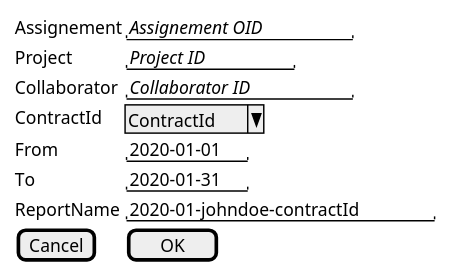
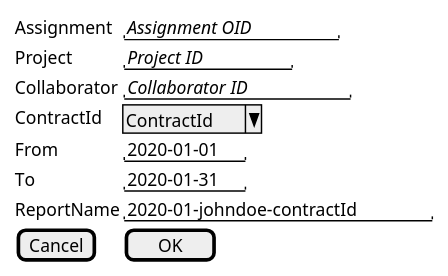
The second of 4 diagrams in net.tangly.erp.shared/src/site/_design/12-user-manual.adoc (tangly-team/tangly-os), drawn with PlantUML before and after one commit. The commit also changed other lines of this file and 23 other files, not shown here.

```diff
--- a/net.tangly.erp.shared/src/site/_design/12-user-manual.adoc
+++ b/net.tangly.erp.shared/src/site/_design/12-user-manual.adoc
@@ -48,16 +99,16 @@
 [plantuml,effort-report,svg,align="center"]
 ....
 @startsalt
 {
-  Assignement | "//Assignement OID//"
+  Assignment  | "//Assignment OID//"
   Project     | "//Project ID//"
   Collaborator| "//Collaborator ID//"
   ContractId  | ^ContractId^
   From        | "2020-01-01"
   To          | "2020-01-31"
   ReportName  | "2020-01-johndoe-contractId"
 
   [Cancel] | [  OK   ]
 }
 @endsalt
 ....
```
